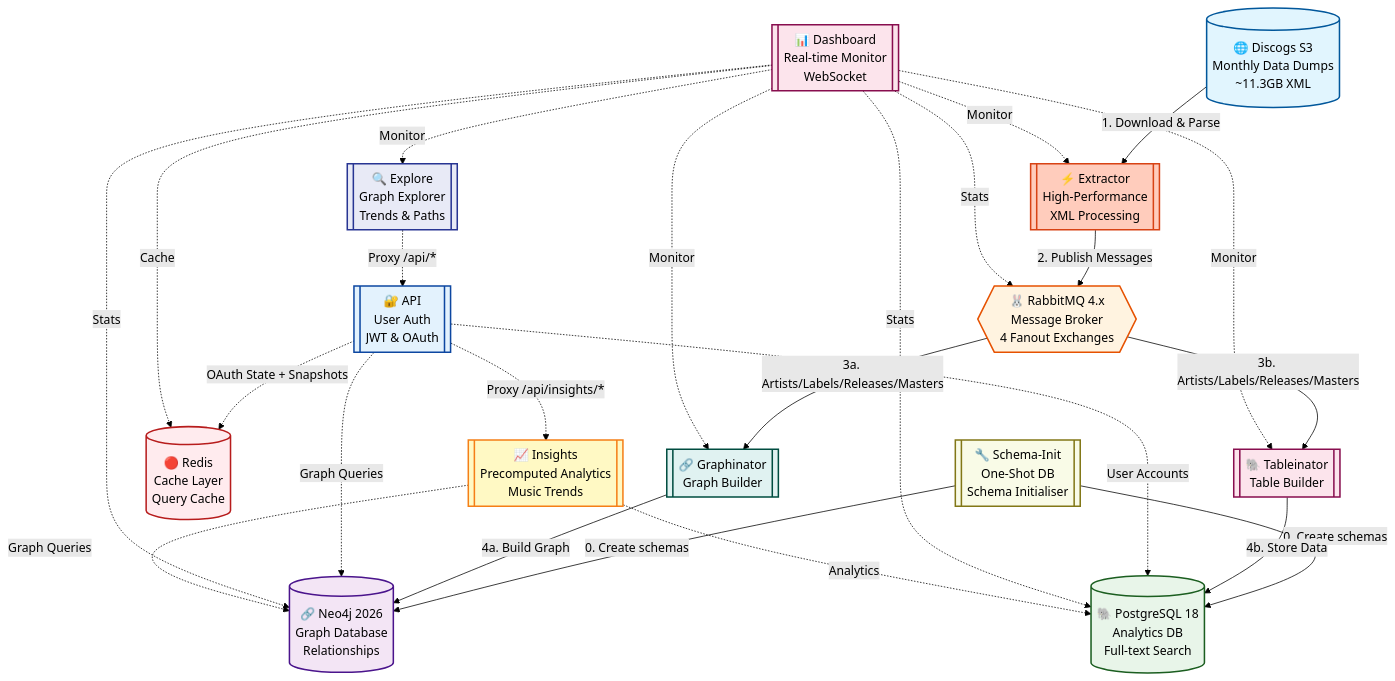
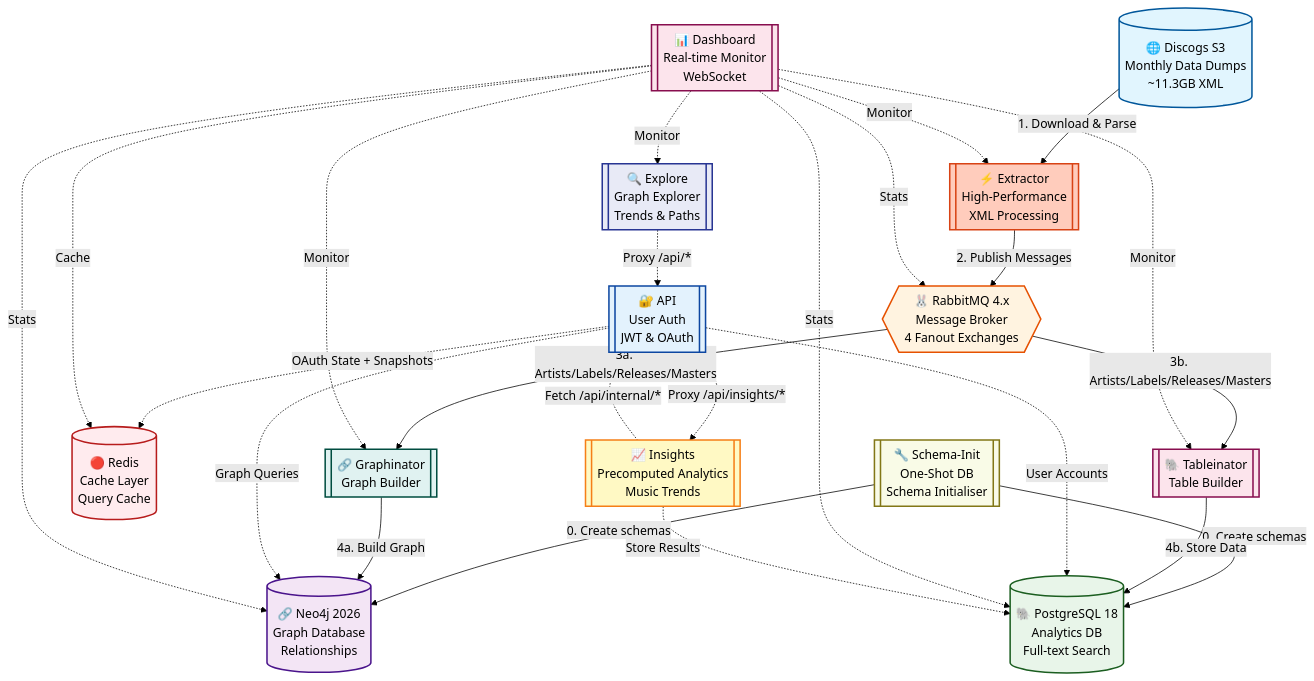
The first of 2 diagrams in docs/architecture.md (groovemap-music/deployment), drawn with Mermaid (forest theme) before and after one commit. The commit also changed other lines of this file and 3 other files, not shown here.

First line of the commit message:
docs: fix stale references across docs and diagrams

````diff
--- a/docs/architecture.md
+++ b/docs/architecture.md
@@ -41,58 +41,58 @@
 ```mermaid
 graph TD
     S3[("🌐 Discogs S3<br/>Monthly Data Dumps<br/>~11.3GB XML")]
     EXT[["⚡ Extractor<br/>High-Performance<br/>XML Processing"]]
     SCHEMA[["🔧 Schema-Init<br/>One-Shot DB<br/>Schema Initialiser"]]
     RMQ{{"🐰 RabbitMQ 4.x<br/>Message Broker<br/>4 Fanout Exchanges"}}
     NEO4J[("🔗 Neo4j 2026<br/>Graph Database<br/>Relationships")]
     PG[("🐘 PostgreSQL 18<br/>Analytics DB<br/>Full-text Search")]
     REDIS[("🔴 Redis<br/>Cache Layer<br/>Query Cache")]
     GRAPH[["🔗 Graphinator<br/>Graph Builder"]]
     TABLE[["🐘 Tableinator<br/>Table Builder"]]
     DASH[["📊 Dashboard<br/>Real-time Monitor<br/>WebSocket"]]
     EXPLORE[["🔍 Explore<br/>Graph Explorer<br/>Trends & Paths"]]
     API[["🔐 API<br/>User Auth<br/>JWT & OAuth"]]
     INSIGHTS[["📈 Insights<br/>Precomputed Analytics<br/>Music Trends"]]
 
     SCHEMA -->|0. Create schemas| NEO4J
     SCHEMA -->|0. Create schemas| PG
     S3 -->|1. Download & Parse| EXT
     EXT -->|2. Publish Messages| RMQ
     RMQ -->|3a. Artists/Labels/Releases/Masters| GRAPH
     RMQ -->|3b. Artists/Labels/Releases/Masters| TABLE
     GRAPH -->|4a. Build Graph| NEO4J
     TABLE -->|4b. Store Data| PG
 
     EXPLORE -.->|Proxy /api/*| API
 
     API -.->|User Accounts| PG
     API -.->|Graph Queries| NEO4J
     API -.->|OAuth State + Snapshots| REDIS
 
     DASH -.->|Monitor| EXT
     DASH -.->|Monitor| GRAPH
     DASH -.->|Monitor| TABLE
     DASH -.->|Monitor| EXPLORE
     DASH -.->|Cache| REDIS
     DASH -.->|Stats| RMQ
     DASH -.->|Stats| NEO4J
     DASH -.->|Stats| PG
 
     API -.->|Proxy /api/insights/*| INSIGHTS
-    INSIGHTS -.->|Analytics| PG
-    INSIGHTS -.->|Graph Queries| NEO4J
+    INSIGHTS -.->|Fetch /api/internal/*| API
+    INSIGHTS -.->|Store Results| PG
 
     style S3 fill:#e1f5fe,stroke:#01579b,stroke-width:2px
     style EXT fill:#ffccbc,stroke:#d84315,stroke-width:2px
     style SCHEMA fill:#f9fbe7,stroke:#827717,stroke-width:2px
     style RMQ fill:#fff3e0,stroke:#e65100,stroke-width:2px
     style NEO4J fill:#f3e5f5,stroke:#4a148c,stroke-width:2px
     style PG fill:#e8f5e9,stroke:#1b5e20,stroke-width:2px
     style REDIS fill:#ffebee,stroke:#b71c1c,stroke-width:2px
     style DASH fill:#fce4ec,stroke:#880e4f,stroke-width:2px
     style EXPLORE fill:#e8eaf6,stroke:#283593,stroke-width:2px
     style GRAPH fill:#e0f2f1,stroke:#004d40,stroke-width:2px
     style TABLE fill:#fce4ec,stroke:#880e4f,stroke-width:2px
     style API fill:#e3f2fd,stroke:#0d47a1,stroke-width:2px
     style INSIGHTS fill:#fff9c4,stroke:#f57f17,stroke-width:2px
 ```
````
